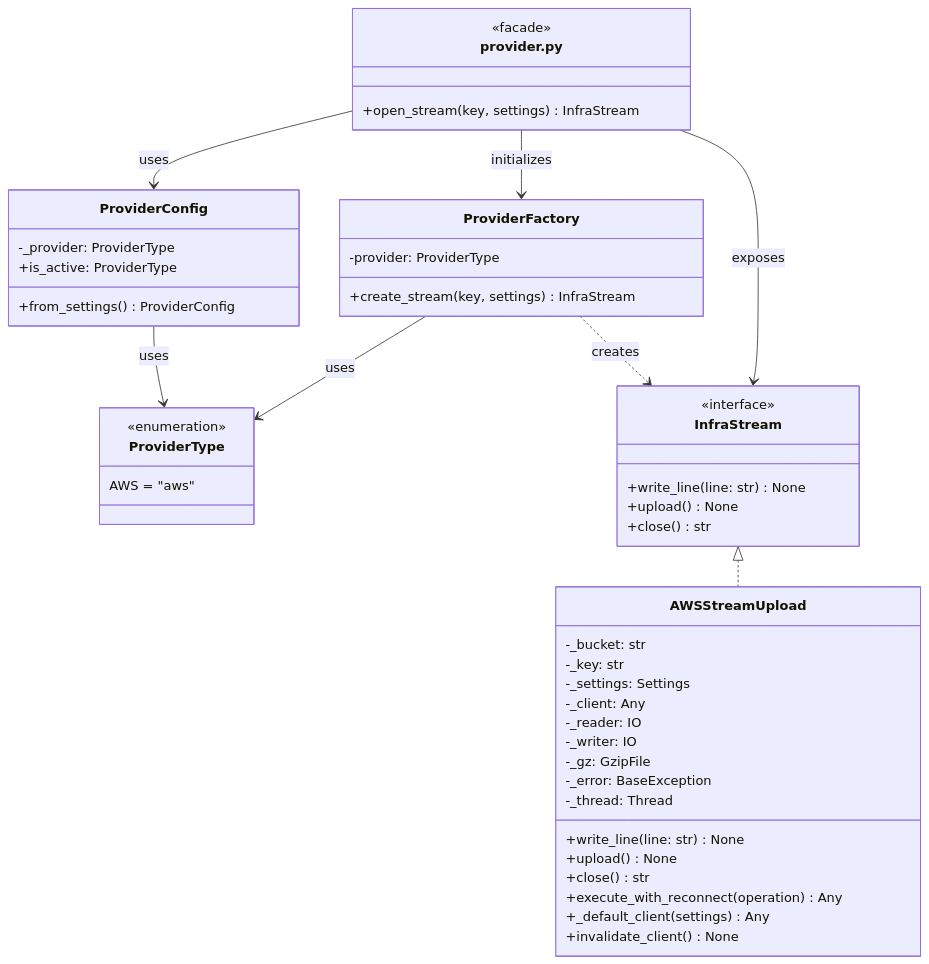
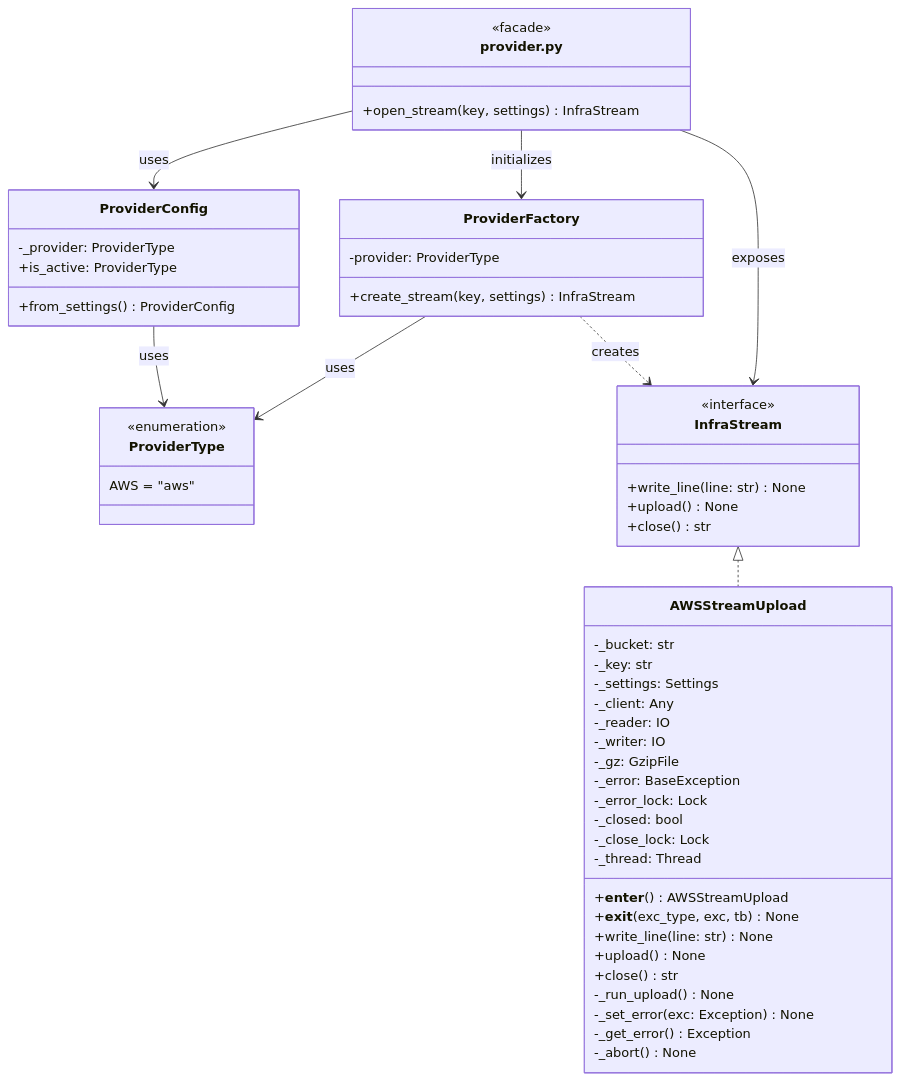
Before and after one commit to accionlabs/breezeai-cog: the second of 2 diagrams in README.md, drawn with Mermaid. The commit also changed 6 other files, not shown here.

```diff
--- a/README.md
+++ b/README.md
@@ -203,13 +203,21 @@
         -_writer: IO
         -_gz: GzipFile
         -_error: BaseException
+        -_error_lock: Lock
+        -_closed: bool
+        -_close_lock: Lock
         -_thread: Thread
+
+        +__enter__() AWSStreamUpload
+        +__exit__(exc_type, exc, tb) None
         +write_line(line: str) None
         +upload() None
         +close() str
-        +execute_with_reconnect(operation) Any
-        +_default_client(settings) Any
-        +invalidate_client() None
+
+        -_run_upload() None
+        -_set_error(exc: Exception) None
+        -_get_error() Exception
+        -_abort() None
     }
 
 
```
